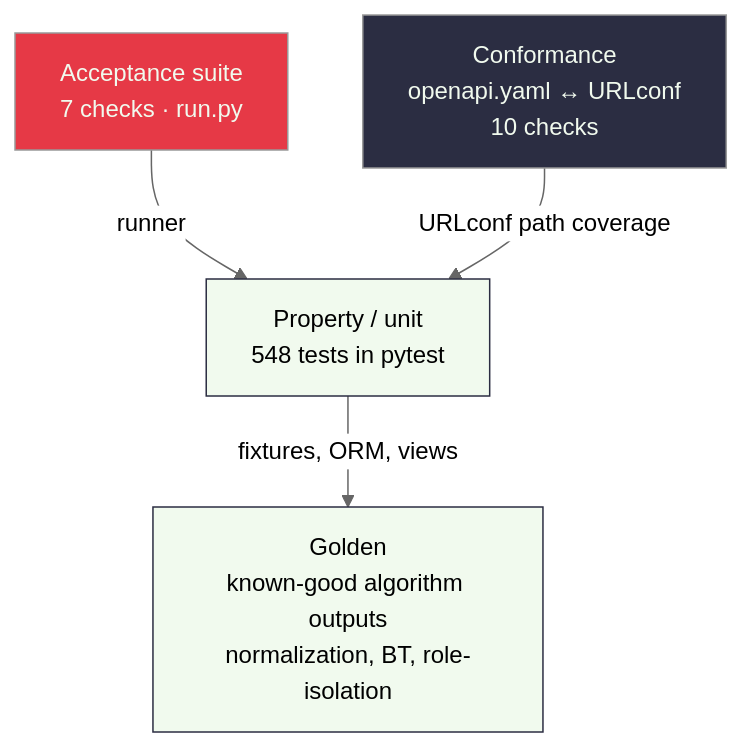
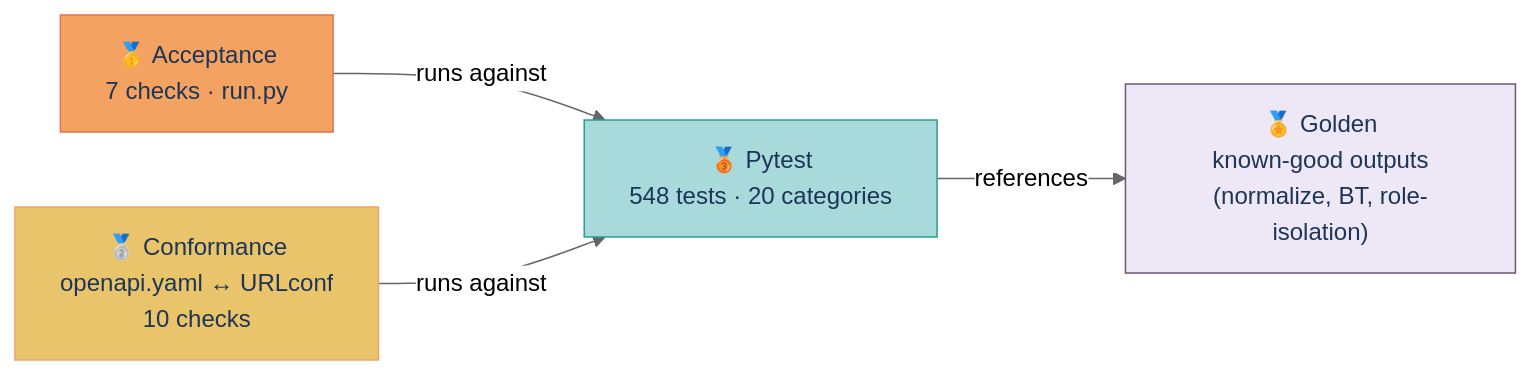
Before and after one commit to choksi2212/dogfood-hackathon: the tenth of 10 diagrams in README.md, drawn with Mermaid (neutral theme). The commit also changed other lines of this file, not shown here.

First line of the commit message:
README: rebuild diagrams — landscape architecture + light themed palette

````diff
--- a/README.md
+++ b/README.md
@@ -512,16 +572,16 @@
 ```mermaid
-flowchart TB
-    A[Acceptance suite<br/>7 checks · run.py]
-    C[Conformance<br/>openapi.yaml ↔ URLconf<br/>10 checks]
-    P[Property / unit<br/>548 tests in pytest]
-    G[Golden<br/>known-good algorithm outputs<br/>normalization, BT, role-isolation]
+flowchart LR
+    A["🥇 Acceptance<br/>7 checks · run.py"]
+    C["🥈 Conformance<br/>openapi.yaml ↔ URLconf<br/>10 checks"]
+    P["🥉 Pytest<br/>548 tests · 20 categories"]
+    G["🏅 Golden<br/>known-good outputs<br/>(normalize, BT, role-isolation)"]
 
-    A -->|runner| P
-    C -->|URLconf path coverage| P
-    P -->|fixtures, ORM, views| G
+    A -->|runs against| P
+    C -->|runs against| P
+    P -->|references| G
 
-    style A fill:#E63946,color:#F1FAEE
-    style C fill:#2B2D42,color:#F1FAEE
-    style P fill:#F1FAEE,stroke:#2B2D42
-    style G fill:#F1FAEE,stroke:#2B2D42
+    style A fill:#F4A261,stroke:#E76F51,color:#1D3557
+    style C fill:#E9C46A,stroke:#F4A261,color:#1D3557
+    style P fill:#A8DADC,stroke:#2A9D8F,color:#1D3557
+    style G fill:#EDE7F6,stroke:#6C567B,color:#1D3557
 ```
````
